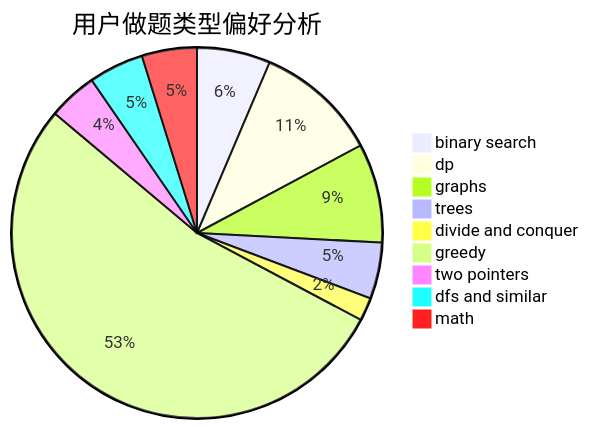
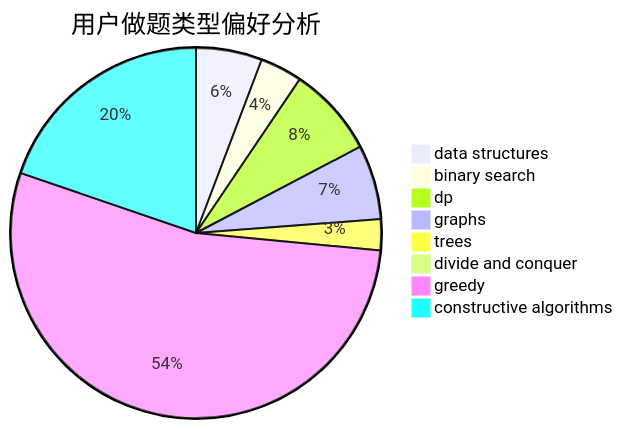
The second of 3 diagrams in docs/user/u1876.md (sherpahu/cfrs.github.io), drawn with Mermaid before and after one commit. The commit also changed other lines of this file and 2775 other files, not shown here.

````diff
--- a/docs/user/u1876.md
+++ b/docs/user/u1876.md
@@ -23,12 +23,11 @@
 ```mermaid
 pie title 用户做题类型偏好分析
-    "binary search" :  60
-    "dp" :  101
-    "graphs" :  81
-    "trees" :  46
-    "divide and conquer" :  19
-    "greedy" :  500
-    "two pointers" :  40
-    "dfs and similar" :  45
-    "math" :  45
+    "data structures" :  47
+    "binary search" :  30
+    "dp" :  64
+    "graphs" :  53
+    "trees" :  22
+    "divide and conquer" :  0
+    "greedy" :  438
+    "constructive algorithms" :  161
 ```
````
